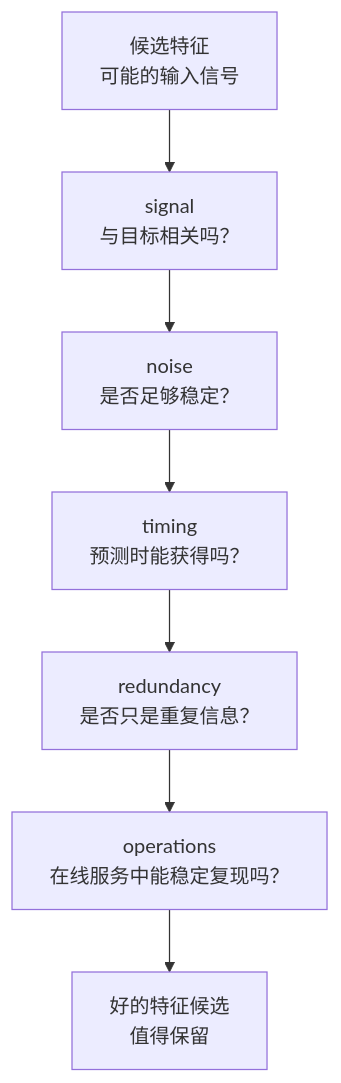
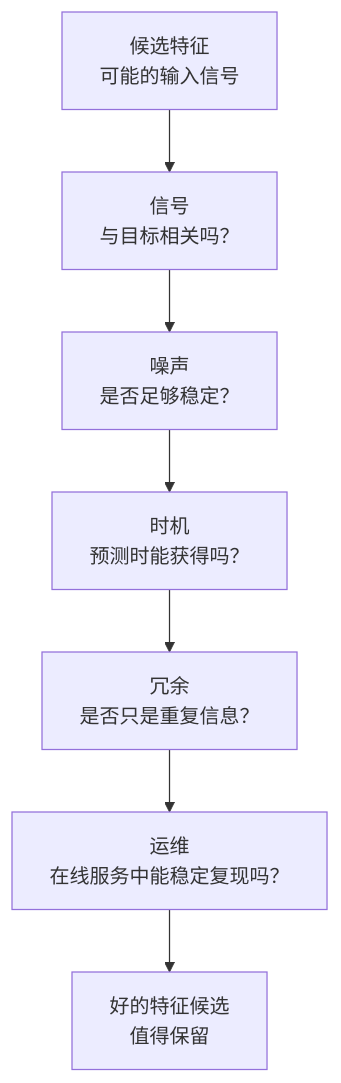
The diagram in docs/assets/part-04/chapter-07/p4-7-1-mermaid-02-zh.mmd (devchan64/AiBook), drawn with Mermaid before and after one commit. The commit also changed 91 other files, not shown here.

Commit message:
Finalize Part 4 Korean and Chinese diagram localization

```diff
--- a/docs/assets/part-04/chapter-07/p4-7-1-mermaid-02-zh.mmd
+++ b/docs/assets/part-04/chapter-07/p4-7-1-mermaid-02-zh.mmd
@@ -1,15 +1,15 @@
 flowchart TB
   A["候选特征<br/>可能的输入信号"]
-  B["signal<br/>与目标相关吗？"]
-  C["noise<br/>是否足够稳定？"]
-  D["timing<br/>预测时能获得吗？"]
-  E["redundancy<br/>是否只是重复信息？"]
-  F["operations<br/>在线服务中能稳定复现吗？"]
+  B["信号<br/>与目标相关吗？"]
+  C["噪声<br/>是否足够稳定？"]
+  D["时机<br/>预测时能获得吗？"]
+  E["冗余<br/>是否只是重复信息？"]
+  F["运维<br/>在线服务中能稳定复现吗？"]
   G["好的特征候选<br/>值得保留"]
 
   A --> B
   B --> C
   C --> D
   D --> E
   E --> F
   F --> G
```
